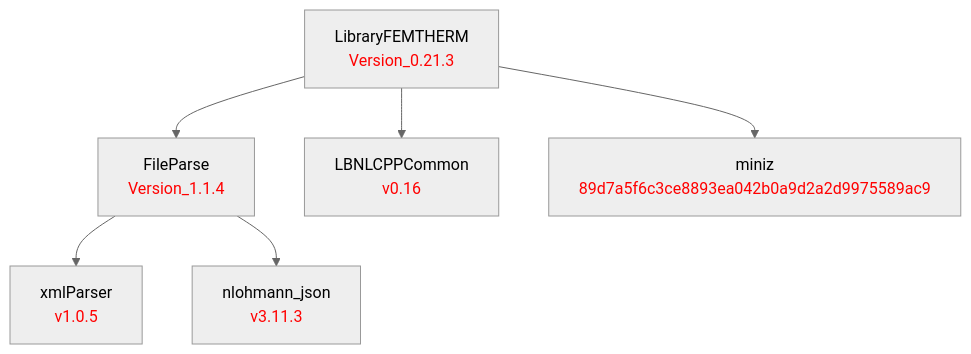
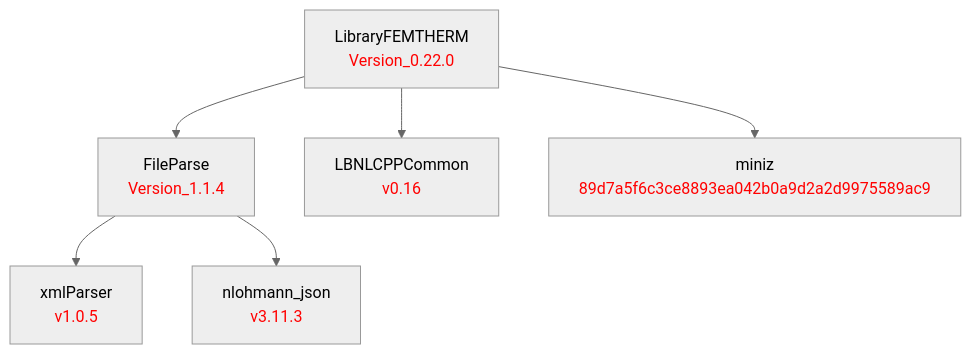
Before and after one commit to LBNL-ETA/LibraryFEMTherm: the diagram in doc/LibraryFEMTHERM.md, drawn with Mermaid (neutral theme). The commit also changed 2 other files, not shown here.

Commit message:
Local presets are now poiting to miniz and google test too

````diff
--- a/doc/LibraryFEMTHERM.md
+++ b/doc/LibraryFEMTHERM.md
@@ -1,17 +1,17 @@
 ```mermaid
 graph TD
     %% Package definitions
     xmlParser[xmlParser<br/><font color='red'>v1.0.5</font>]
     nlohmann_json[nlohmann_json<br/><font color='red'>v3.11.3</font>]
     FileParse[FileParse<br/><font color='red'>Version_1.1.4</font>]
     LBNLCPPCommon[LBNLCPPCommon<br/><font color='red'>v0.16</font>]
     miniz[miniz<br/><font color='red'>89d7a5f6c3ce8893ea042b0a9d2a2d9975589ac9</font>]
-    LibraryFEMTHERM[LibraryFEMTHERM<br/><font color='red'>Version_0.21.3</font>]
+    LibraryFEMTHERM[LibraryFEMTHERM<br/><font color='red'>Version_0.22.0</font>]
 
     %% Package relations
     LibraryFEMTHERM --> FileParse
     LibraryFEMTHERM --> LBNLCPPCommon
     LibraryFEMTHERM --> miniz
     FileParse --> xmlParser
     FileParse --> nlohmann_json
 ```
````
